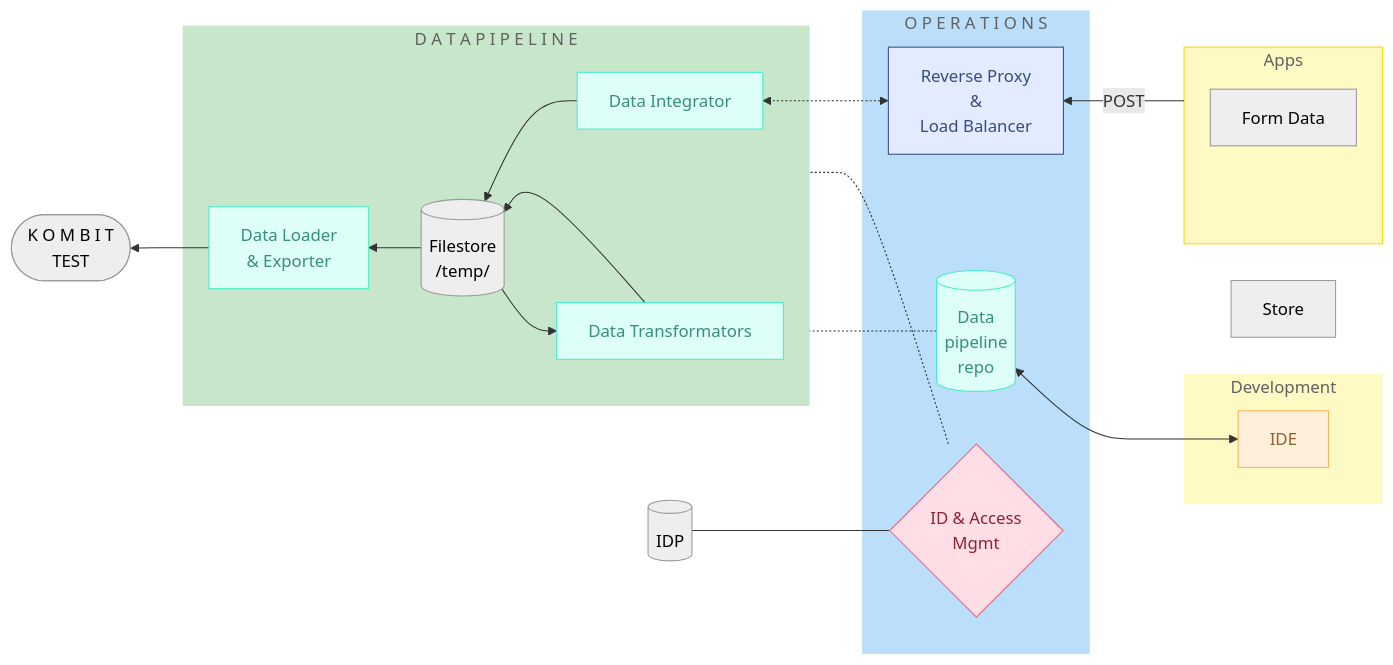
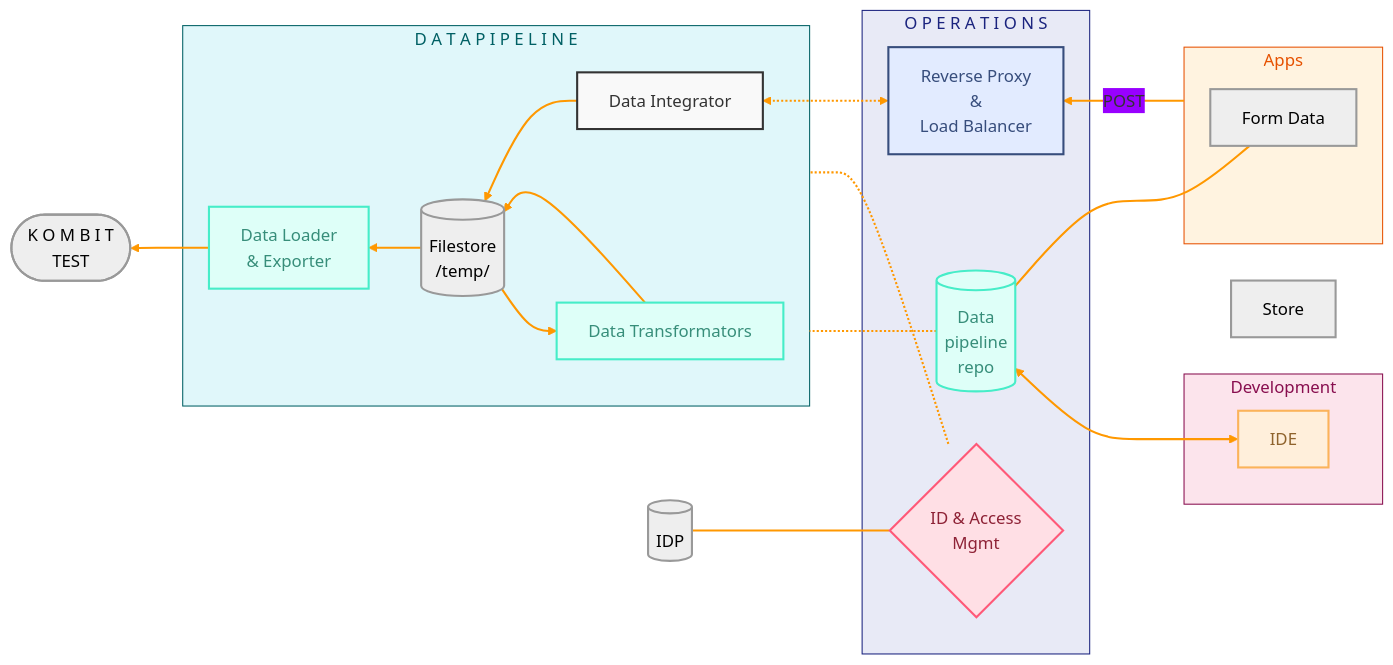
One commit to OS2sandbox/connector changed the first of 2 diagrams in docs/PoC_architecture.md. Above: the diagram before and after it, drawn with Mermaid.

Commit message:
docs(mermaid): Improve diagram visibility across light and dark modes
### Changes
- Enhanced Mermaid diagram color scheme for better readability
- Added high-contrast arrow styling
- Implemented theme-agnostic color variables
- Updated node and subgraph color definitions

### Details
- Set default link style to bright orange with increased thickness
- Introduced theme initialization variables
- Refined color palette for improved visual consistency
- Ensured better contrast between nodes, arrows, and backgrounds

### Reasoning
- Improves diagram legibility in different color modes
- Enhances user experience for documentation readers
- Provides more accessible visual representation of system architecture

### Scope
- Documentation visualization
- Diagram rendering

````diff
--- a/docs/PoC_architecture.md
+++ b/docs/PoC_architecture.md
@@ -11,63 +11,55 @@
 ```mermaid
+%%{init: {'theme': 'base', 'themeVariables': { 'primaryColor': '#FF9800', 'lineColor': '#FF9800' }}}%%
 flowchart RL
- subgraph Datapipeline["D A T A  P I P E L I N E"]
+    linkStyle default stroke:#FF9800,stroke-width:2px,fill:none;
+
+    subgraph Datapipeline["D A T A  P I P E L I N E"]
         n12["Data Transformators"]
         n10["Data Integrator"]
         DL["Data Loader <br>&amp; Exporter"]
         ST[("Filestore<br>/temp/")]
-  end
- subgraph Services["O P E R A T I O N S"]
+    end
+    subgraph Services["O P E R A T I O N S"]
         n15["Reverse Proxy <br>&amp;<br> Load Balancer"]
         opsconf[("Data<br>pipeline<br>repo")]
         id{"ID &amp; Access<br>Mgmt"}
-  end
- subgraph Apps["Apps"]
+    end
+    subgraph Apps["Apps"]
         s3["Form Data"]
-  end
- subgraph Development["Development"]
+    end
+    subgraph Development["Development"]
         ide["IDE"]
-  end
+    end
     s3 ~~~ opsconf
     n15 <-.-> n10
     n10 --> ST
     ST --> n12 & DL
     n12 --> ST
     ide <--> opsconf
     id -.- Datapipeline
     opsconf -.- Datapipeline
     id --- IDP[("IDP")]
     DL --> n16(["K O M B I T <br> TEST"])
     Apps -- POST --> n15
     Store["Store"]
 
-     n12:::Aqua
-     n12:::procs
-     n10:::Sky
-     n10:::Aqua
-     n10:::in-out
-     DL:::Aqua
-     DL:::out-in
-     ST:::Ash
-     n15:::Sky
-     n15:::decision
-     opsconf:::Aqua
-     id:::Rose
-     s3:::Ash
-     s3:::div-proc
-     ide:::Peach
-     ide:::loop-limit
-     Datapipeline:::Aqua
-     IDP:::Rose
-     IDP:::Ash
-     n16:::Ash
-     Store:::Ash
-    classDef Peach stroke-width:1px,stroke-dasharray:none,stroke:#FBB35A,fill:#FFEFDB,color:#8F632D
-    classDef Rose stroke-width:1px,stroke-dasharray:none,stroke:#FF5978,fill:#FFDFE5,color:#8E2236
-    classDef Sky stroke-width:1px,stroke-dasharray:none,stroke:#374D7C,fill:#E2EBFF,color:#374D7C
-    classDef Aqua stroke-width:1px,stroke-dasharray:none,stroke:#46EDC8,fill:#DEFFF8,color:#378E7A
-    classDef Ash stroke-width:1px, stroke-dasharray:none, stroke:#999999, fill:#EEEEEE, color:#000000
-    style Datapipeline color:#616161,fill:#C8E6C9,stroke:none
-    style Apps color:#616161,fill:#FFF9C4,stroke:#FFD600
-    style Services color:#616161,fill:#BBDEFB,stroke:none
-    style Development color:#616161,fill:#FFF9C4,stroke:none
+    classDef default fill:#f9f9f9,stroke:#333,stroke-width:2px;
+    classDef Peach fill:#FFEFDB,stroke:#FBB35A,color:#8F632D,stroke-width:2px;
+    classDef Rose fill:#FFDFE5,stroke:#FF5978,color:#8E2236,stroke-width:2px;
+    classDef Sky fill:#E2EBFF,stroke:#374D7C,color:#374D7C,stroke-width:2px;
+    classDef Aqua fill:#DEFFF8,stroke:#46EDC8,color:#378E7A,stroke-width:2px;
+    classDef Ash fill:#EEEEEE,stroke:#999999,color:#000000,stroke-width:2px;
+
+    class n12,DL Aqua;
+    class n10 Sky,Aqua;
+    class ST,s3,n16,Store,IDP Ash;
+    class n15 Sky;
+    class opsconf Aqua;
+    class id Rose;
+    class ide Peach;
+
+    style Datapipeline fill:#e0f7fa,stroke:#006064,color:#006064;
+    style Apps fill:#fff3e0,stroke:#e65100,color:#e65100;
+    style Services fill:#e8eaf6,stroke:#1a237e,color:#1a237e;
+    style Development fill:#fce4ec,stroke:#880e4f,color:#880e4f;
 ```
````
